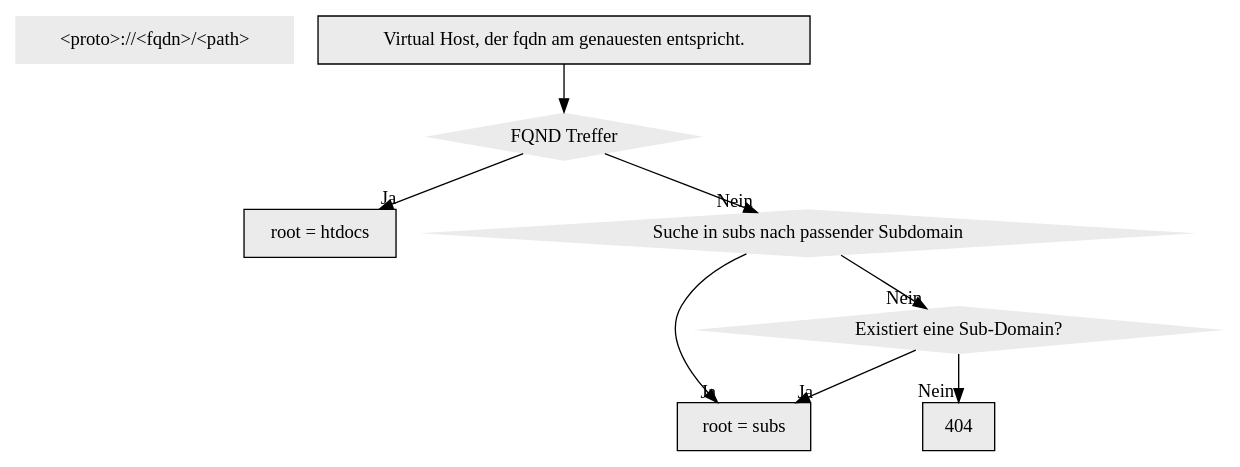
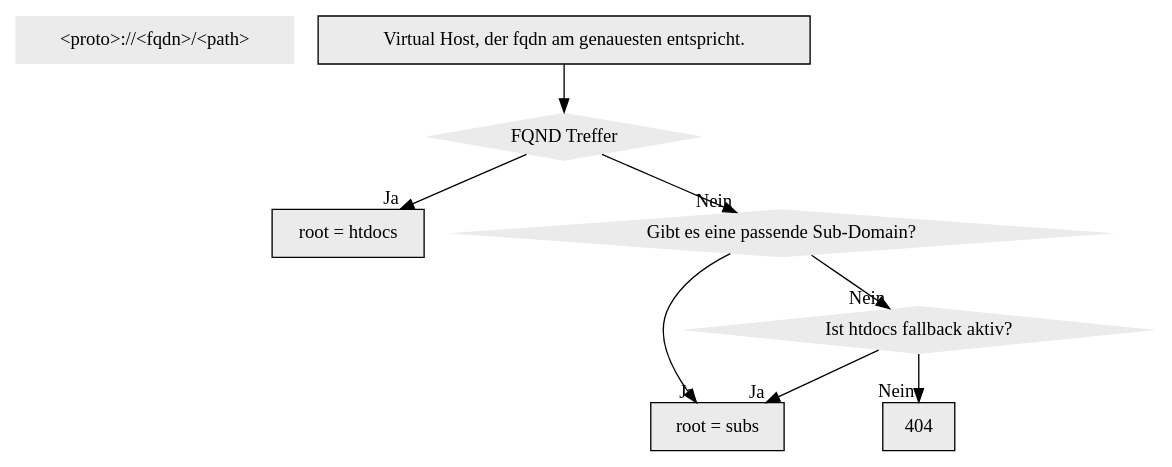
Before and after one commit to hostsharing/hs.docs.users: the diagram in source/administration/domain/filemap-ohne-ssl.dot, drawn with Graphviz.

Commit message:
test syntax

```diff
--- a/source/administration/domain/filemap-ohne-ssl.dot
+++ b/source/administration/domain/filemap-ohne-ssl.dot
@@ -1,22 +1,22 @@
 digraph d  { 
 	node [peripheries=0, style=filled, fillcolor="grey92", font=Helvetica, fontcolor=black]
 
 	enquire_information [shape=box, label="<proto>://<fqdn>/<path>" ]
 
 
     vh_check_fqdn [shape=record, label="Virtual Host, der fqdn am genauesten entspricht."]
 	fqdn_matches [shape=diamond, label="FQND Treffer"]
 	root_htdocs_ok [shape=record, label="root = htdocs"]
-	root_search_in_subs [shape=diamond, label="Suche in subs nach passender Subdomain"]
+	root_search_in_subs [shape=diamond, label="Gibt es eine passende Sub-Domain?"]
     root_subs_ok [shape=record, label="root = subs"]
-	htdocsfallback_subs [shape=diamond, label="Existiert eine Sub-Domain? " ]
+	htdocsfallback_subs [shape=diamond, label="Ist htdocs fallback aktiv?" ]
 	404 [shape=record, label="404"] 
         
 	vh_check_fqdn -> fqdn_matches
 	fqdn_matches -> root_htdocs_ok [headlabel="Ja"]
 	fqdn_matches -> root_search_in_subs [headlabel="Nein"]
 	root_search_in_subs -> root_subs_ok [headlabel="Ja"]
 	root_search_in_subs -> htdocsfallback_subs [headlabel="Nein"]
 	htdocsfallback_subs -> root_subs_ok [headlabel="Ja"]
 	htdocsfallback_subs -> 404 [headlabel="Nein"]
 }
```
